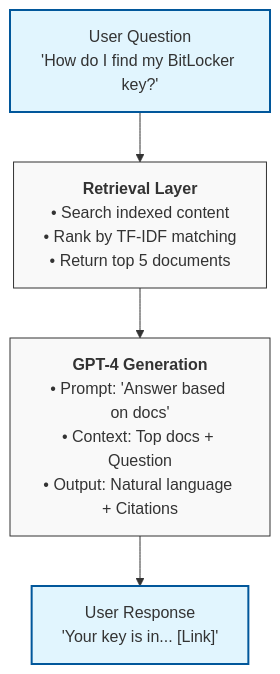
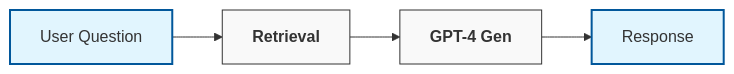
The diagram in _posts/2025-04-17-microsoft-chatbot.md (tommygarner/tommygarner.github.io), drawn with Mermaid before and after one commit. The commit also changed other lines of this file, not shown here.

Commit message:
Update title and system design diagram in post

````diff
--- a/_posts/2025-04-17-microsoft-chatbot.md
+++ b/_posts/2025-04-17-microsoft-chatbot.md
@@ -172,22 +172,13 @@
 ```mermaid
-graph TD
-    %% Use direction Top-to-Bottom
-    direction TB
-    
+graph LR
     %% Node Styles
     classDef default fill:#f9f9f9,stroke:#333,stroke-width:1px;
     classDef highlight fill:#e1f5fe,stroke:#01579b,stroke-width:2px;
 
-    A["User Question<br/>'How do I find my BitLocker key?'"]:::highlight
-    
-    B["<b>Retrieval Layer</b><br/>• Search indexed content<br/>• Rank by TF-IDF matching<br/>• Return top 5 documents"]
-    
-    C["<b>GPT-4 Generation</b><br/>• Prompt: 'Answer based on docs'<br/>• Context: Top docs + Question<br/>• Output: Natural language + Citations"]
-    
-    D["User Response<br/>'Your key is in... [Link]'"]:::highlight
+    A["User Question"]:::highlight
+    B["<b>Retrieval</b>"]
+    C["<b>GPT-4 Gen</b>"]
+    D["Response"]:::highlight
 
-    %% Connections
-    A --> B
-    B --> C
-    C --> D
+    A --> B --> C --> D
 ```
````
